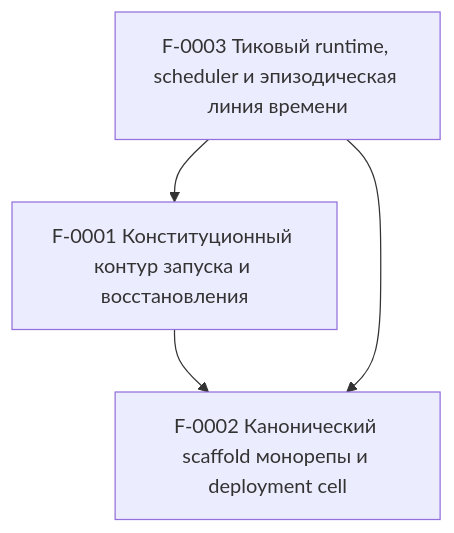
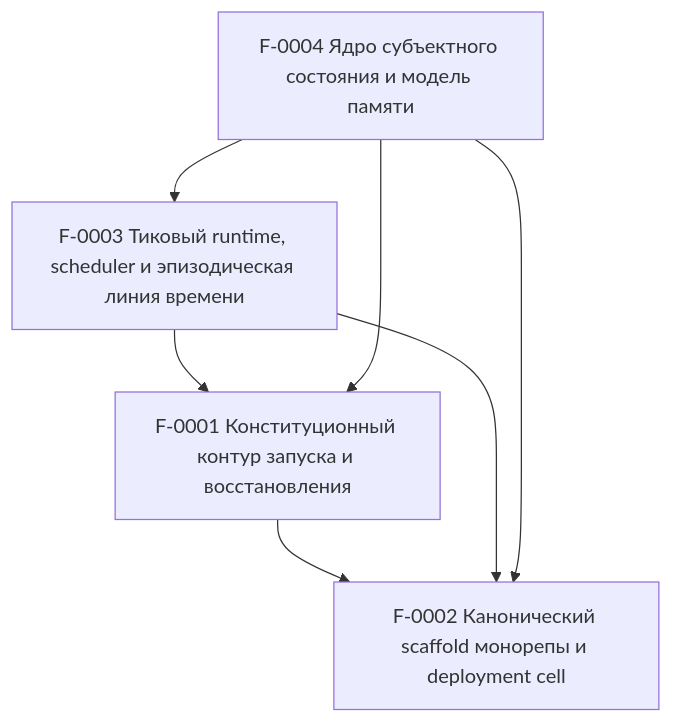
One commit to kostysh/yaagi changed the diagram in docs/ssot/index.md. Above: the diagram before and after it, drawn with Mermaid. The commit also changed other lines of this file and 3 other files, not shown here.

````diff
--- a/docs/ssot/index.md
+++ b/docs/ssot/index.md
@@ -21,9 +22,13 @@
 ```mermaid
 graph TD
   F0001["F-0001 Конституционный контур запуска и восстановления"]
   F0002["F-0002 Канонический scaffold монорепы и deployment cell"]
   F0003["F-0003 Тиковый runtime, scheduler и эпизодическая линия времени"]
+  F0004["F-0004 Ядро субъектного состояния и модель памяти"]
   F0001 --> F0002
   F0003 --> F0001
   F0003 --> F0002
+  F0004 --> F0001
+  F0004 --> F0002
+  F0004 --> F0003
 ```
````
